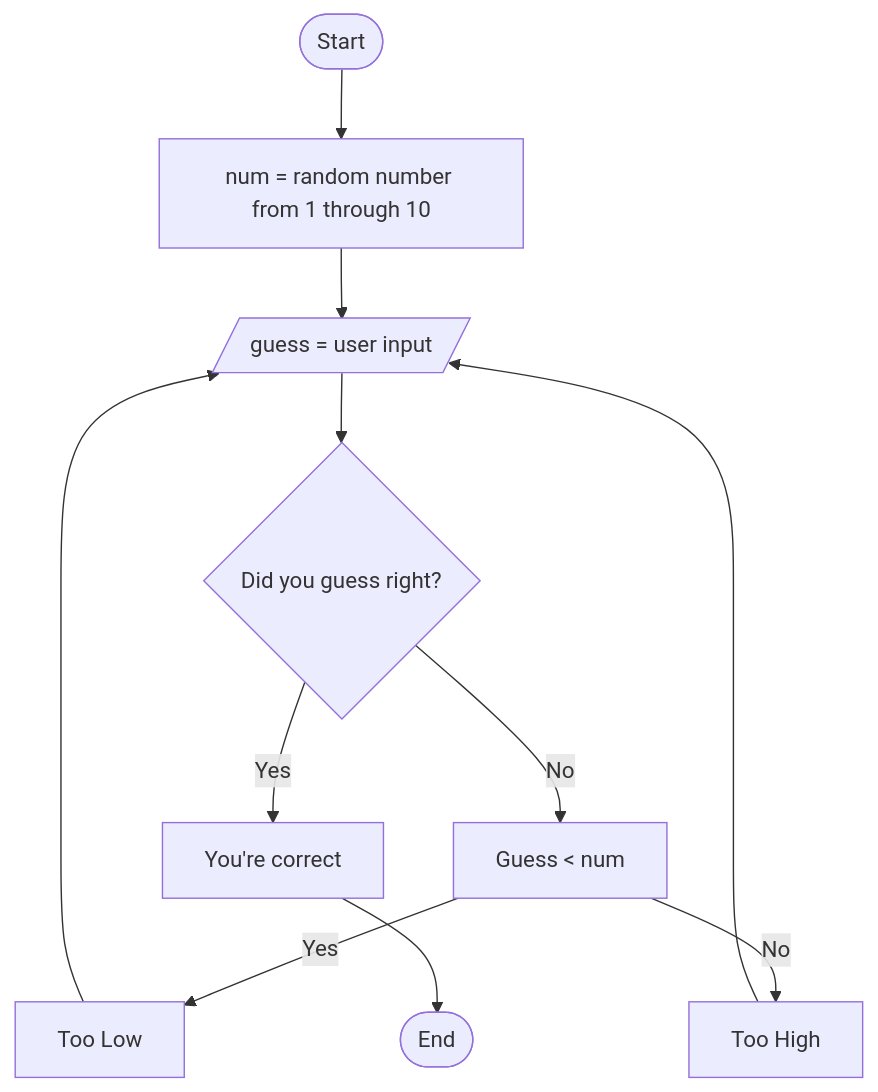
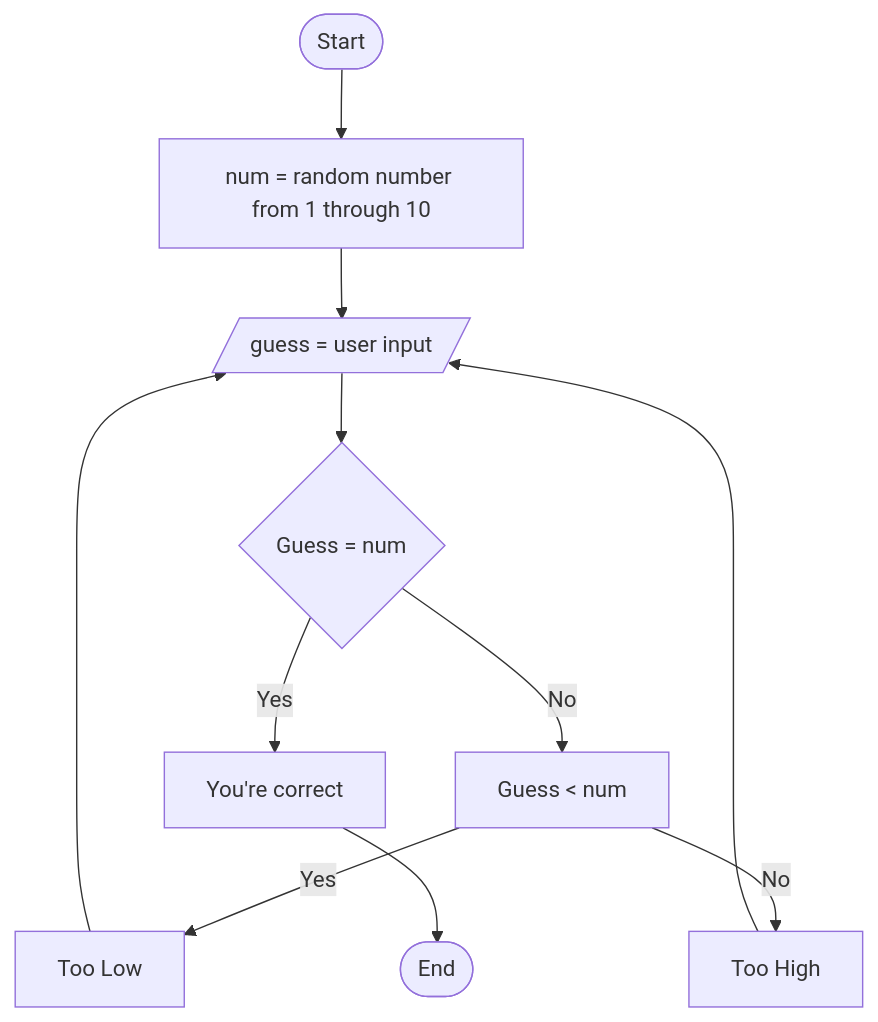
Before and after one commit to ajvilchisorozco/ajvilchisorozco.github.io: the diagram in Guessing.md, drawn with Mermaid.

````diff
--- a/Guessing.md
+++ b/Guessing.md
@@ -1,13 +1,13 @@
 ```mermaid
 flowchart TD
 Start([Start]) --> Num[num = random number from 1 through 10]
     Num --> Guess[/guess = user input/]
-    Guess --> Try{Did you guess right?}
+    Guess --> Try{Guess = num}
     Try -->|No| Wrong[Guess < num]
     Wrong -->|Yes| Low[Too Low]
     Low --> Guess
     Wrong -->|No| High[Too High]
     High --> Guess
     Try -->|Yes| Win[You're correct]
     Win --> End([End])
 ```
````
